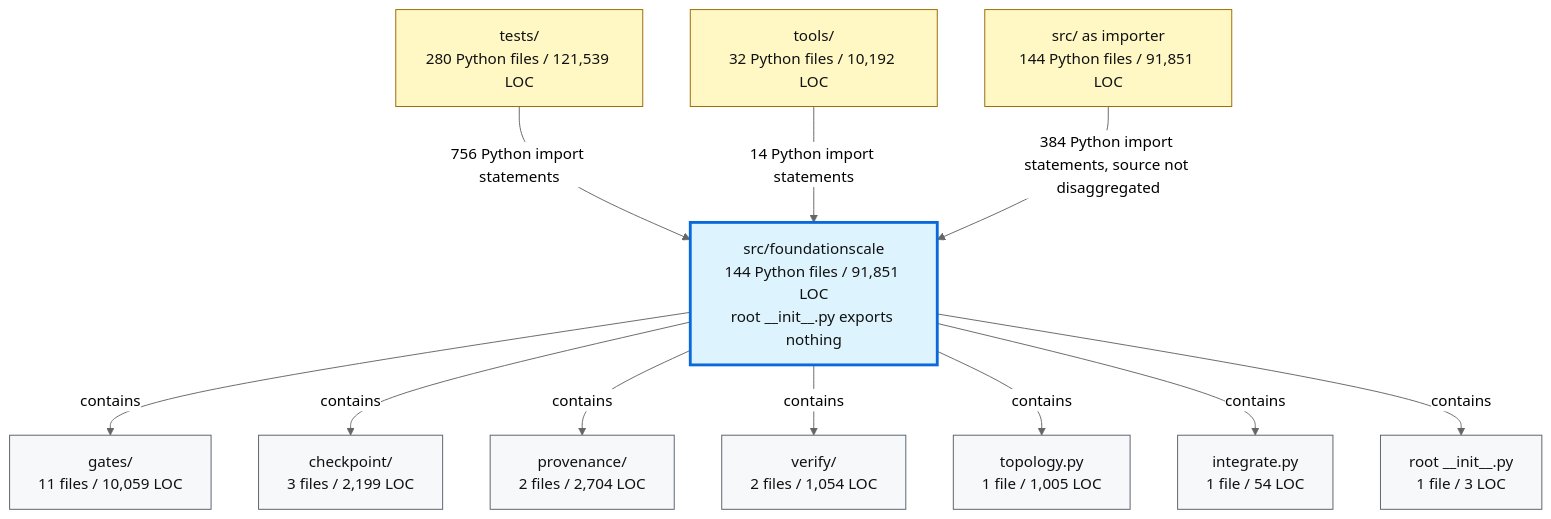
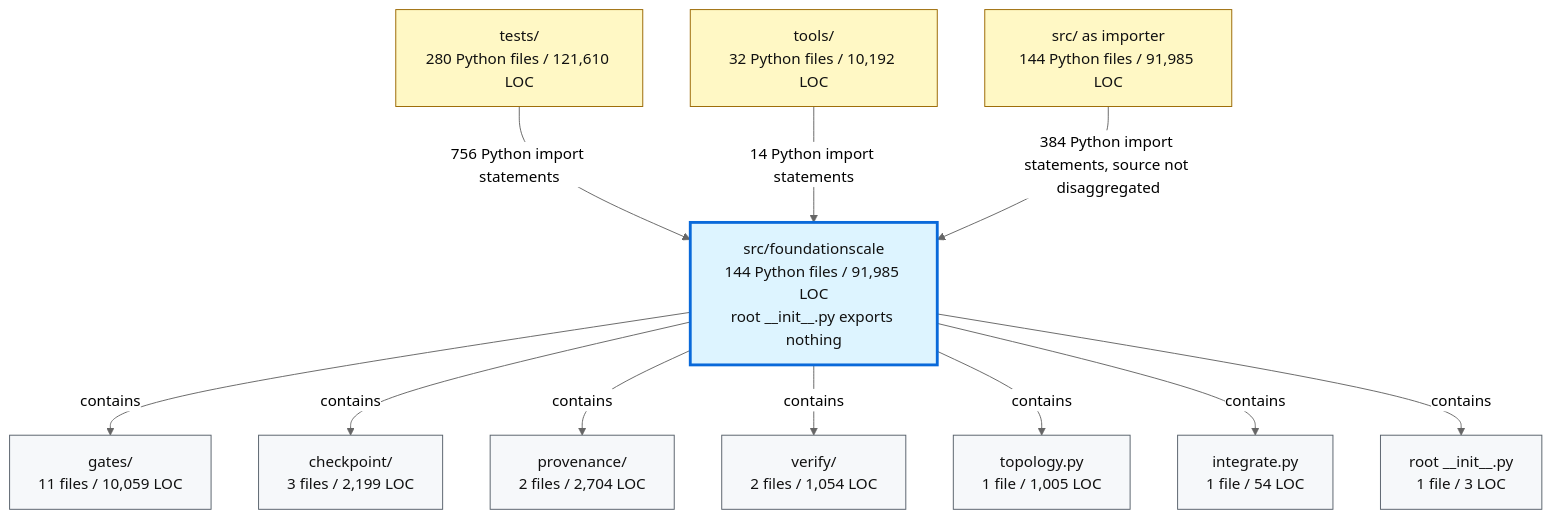
Before and after one commit to TranNhiem/FoundationScale: the second of 2 diagrams in docs/review/D2_current_architecture.md, drawn with Mermaid (neutral theme). The commit also changed other lines of this file and 15 other files, not shown here.

````diff
--- a/docs/review/D2_current_architecture.md
+++ b/docs/review/D2_current_architecture.md
@@ -97,36 +97,36 @@
 ```mermaid
 flowchart TB
-  TESTS["tests/<br/>280 Python files / 121,539 LOC"]
+  TESTS["tests/<br/>280 Python files / 121,610 LOC"]
   TOOLS["tools/<br/>32 Python files / 10,192 LOC"]
-  SRC["src/ as importer<br/>144 Python files / 91,851 LOC"]
+  SRC["src/ as importer<br/>144 Python files / 91,985 LOC"]
 
-  FS["src/foundationscale<br/>144 Python files / 91,851 LOC<br/>root __init__.py exports nothing"]
+  FS["src/foundationscale<br/>144 Python files / 91,985 LOC<br/>root __init__.py exports nothing"]
 
   GATES["gates/<br/>11 files / 10,059 LOC"]
   CKPT["checkpoint/<br/>3 files / 2,199 LOC"]
   PROV["provenance/<br/>2 files / 2,704 LOC"]
   VERIFY["verify/<br/>2 files / 1,054 LOC"]
   TOPO["topology.py<br/>1 file / 1,005 LOC"]
   INTEG["integrate.py<br/>1 file / 54 LOC"]
   ROOT["root __init__.py<br/>1 file / 3 LOC"]
 
   TESTS -->|"756 Python import statements"| FS
   TOOLS -->|"14 Python import statements"| FS
   SRC -->|"384 Python import statements, source not disaggregated"| FS
 
   FS -->|"contains"| GATES
   FS -->|"contains"| CKPT
   FS -->|"contains"| PROV
   FS -->|"contains"| VERIFY
   FS -->|"contains"| TOPO
   FS -->|"contains"| INTEG
   FS -->|"contains"| ROOT
 
   classDef consumer fill:#fff8c5,stroke:#9a6700,color:#111;
   classDef package fill:#ddf4ff,stroke:#0969da,stroke-width:3px,color:#111;
   classDef module fill:#f6f8fa,stroke:#57606a,color:#111;
 
   class TESTS,TOOLS,SRC consumer;
   class FS package;
   class GATES,CKPT,PROV,VERIFY,TOPO,INTEG,ROOT module;
 ```
````
